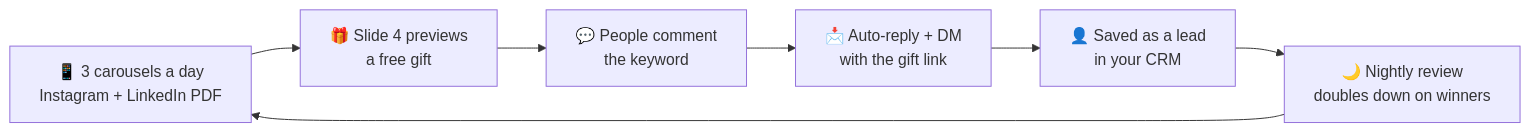
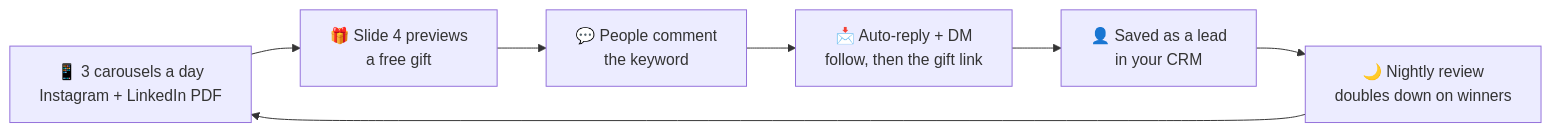
One commit to myappz-ai/agentic-business-kit changed the diagram in README.md. Above: the diagram before and after it, drawn with Mermaid. The commit also changed other lines of this file and 8 other files, not shown here.

````diff
--- a/README.md
+++ b/README.md
@@ -45,9 +45,9 @@
 ```mermaid
 flowchart LR
     A["📱 3 carousels a day<br/>Instagram + LinkedIn PDF"] --> B["🎁 Slide 4 previews<br/>a free gift"]
     B --> C["💬 People comment<br/>the keyword"]
-    C --> D["📩 Auto-reply + DM<br/>with the gift link"]
+    C --> D["📩 Auto-reply + DM<br/>follow, then the gift link"]
     D --> E["👤 Saved as a lead<br/>in your CRM"]
     E --> F["🌙 Nightly review<br/>doubles down on winners"]
     F --> A
 ```
````
